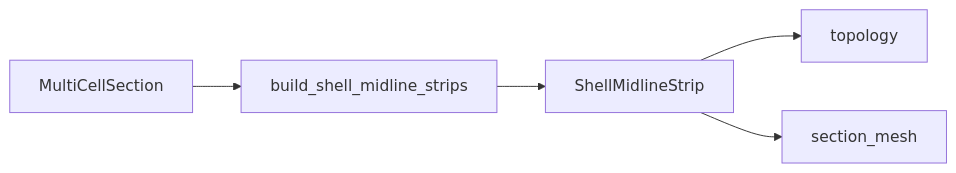
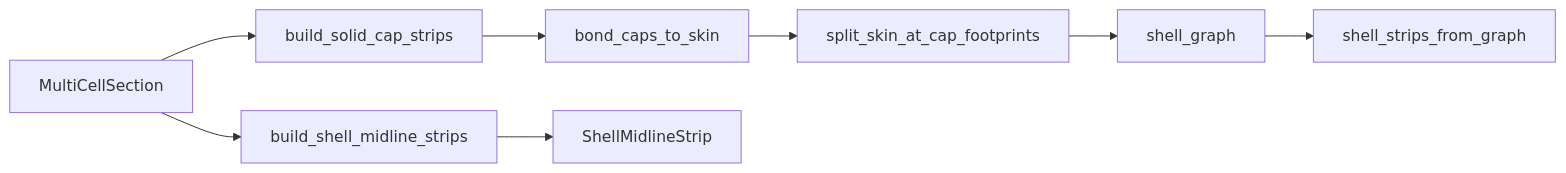
Before and after one commit to samhughes-fea/implicit-geometry-kernel: the diagram in docs/section/midlines/README.md, drawn with Mermaid. The commit also changed other lines of this file and 27 other files, not shown here.

````diff
--- a/docs/section/midlines/README.md
+++ b/docs/section/midlines/README.md
@@ -48,7 +69,10 @@
 ```mermaid
 flowchart LR
   MCS[MultiCellSection] --> Build[build_shell_midline_strips]
+  MCS --> Caps[build_solid_cap_strips]
+  Caps --> Bond[bond_caps_to_skin]
+  Bond --> Split[split_skin_at_cap_footprints]
   Build --> Strips[ShellMidlineStrip]
-  Strips --> Topo[topology]
-  Strips --> Mesh[section_mesh]
+  Split --> Graph[shell_graph]
+  Graph --> Conf[shell_strips_from_graph]
 ```
````
